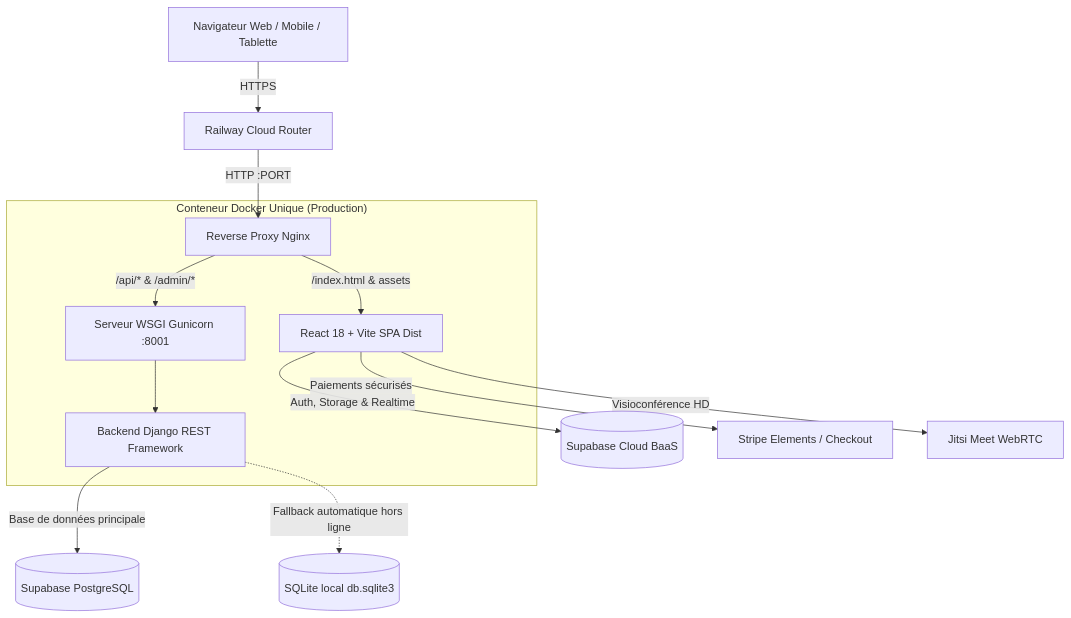
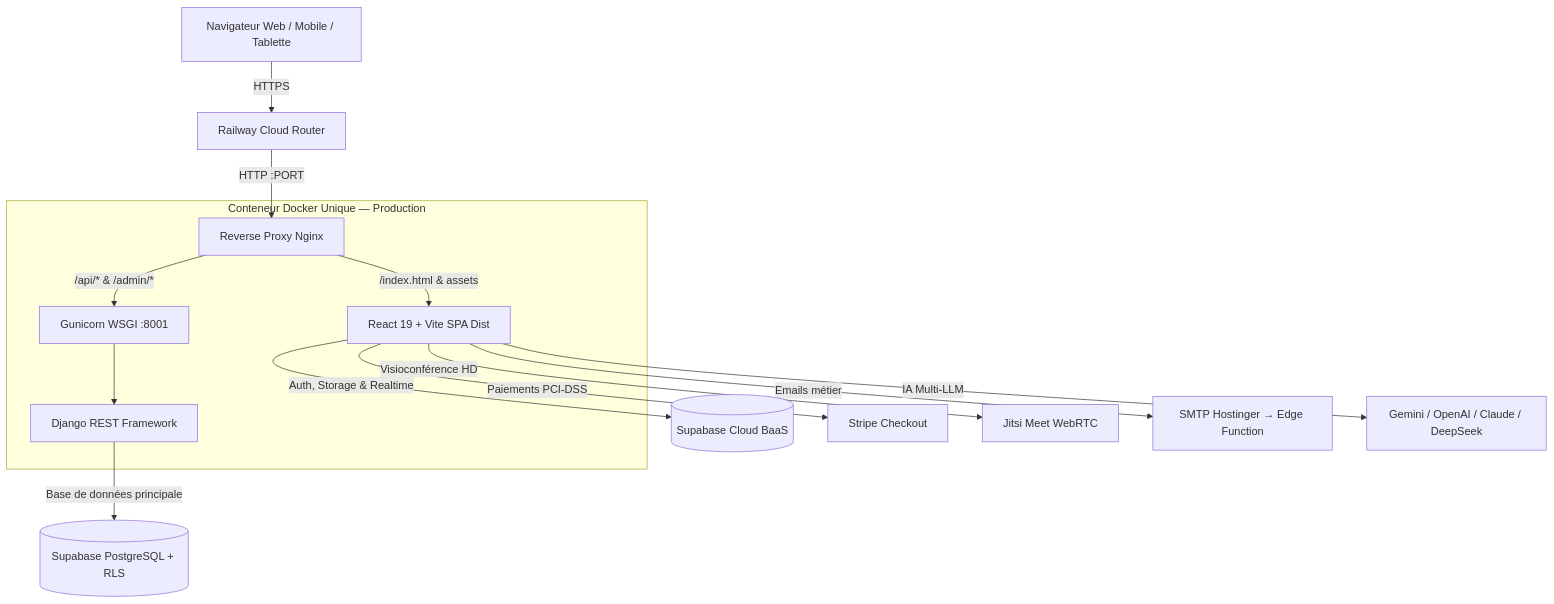
One commit to cons-cloud/francejustice changed the diagram in README.md. Above: the diagram before and after it, drawn with Mermaid. The commit also changed other lines of this file and 43 other files, not shown here.

First line of the commit message:
feat: hardened Railway deployment, SMTP Hostinger email, updated README

````diff
--- a/README.md
+++ b/README.md
@@ -11,17 +11,18 @@
 ```mermaid
 graph TD
     Client[Navigateur Web / Mobile / Tablette] -->|HTTPS| Edge[Railway Cloud Router]
     Edge -->|HTTP :PORT| Nginx[Reverse Proxy Nginx]
-    
-    subgraph "Conteneur Docker Unique (Production)"
-        Nginx -->|/index.html & assets| Static[React 18 + Vite SPA Dist]
-        Nginx -->|/api/* & /admin/*| Gunicorn[Serveur WSGI Gunicorn :8001]
-        Gunicorn --> Django[Backend Django REST Framework]
+
+    subgraph "Conteneur Docker Unique — Production"
+        Nginx -->|/index.html & assets| Static[React 19 + Vite SPA Dist]
+        Nginx -->|/api/* & /admin/*| Gunicorn[Gunicorn WSGI :8001]
+        Gunicorn --> Django[Django REST Framework]
     end
-    
-    Django -->|Base de données principale| Postgres[(Supabase PostgreSQL)]
-    Django -.->|Fallback automatique hors ligne| SQLite[(SQLite local db.sqlite3)]
-    Static -->|Auth, Storage & Realtime| SupabaseCloud[(Supabase Cloud BaaS)]
-    Static -->|Paiements sécurisés| Stripe[Stripe Elements / Checkout]
+
+    Django -->|Base de données principale| Postgres[(Supabase PostgreSQL + RLS)]
+    Static -->|Auth, Storage & Realtime| Supabase[(Supabase Cloud BaaS)]
+    Static -->|Paiements PCI-DSS| Stripe[Stripe Checkout]
     Static -->|Visioconférence HD| Jitsi[Jitsi Meet WebRTC]
+    Static -->|Emails métier| SMTP[SMTP Hostinger → Edge Function]
+    Static -->|IA Multi-LLM| LLM[Gemini / OpenAI / Claude / DeepSeek]
 ```
````
